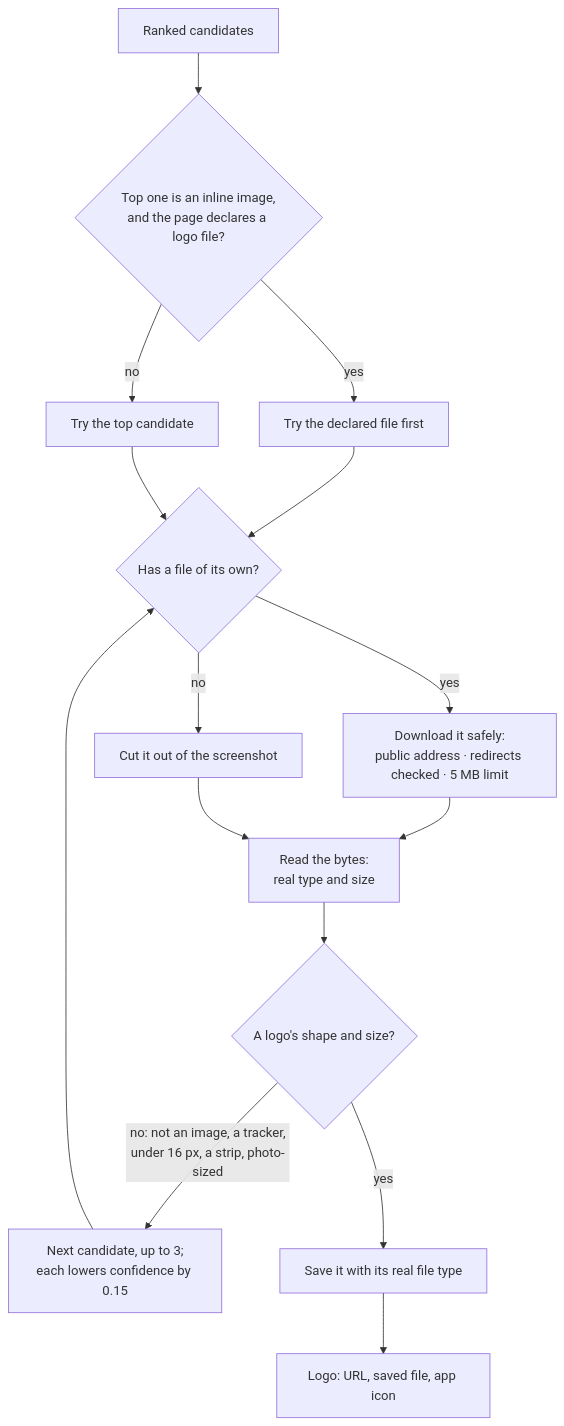
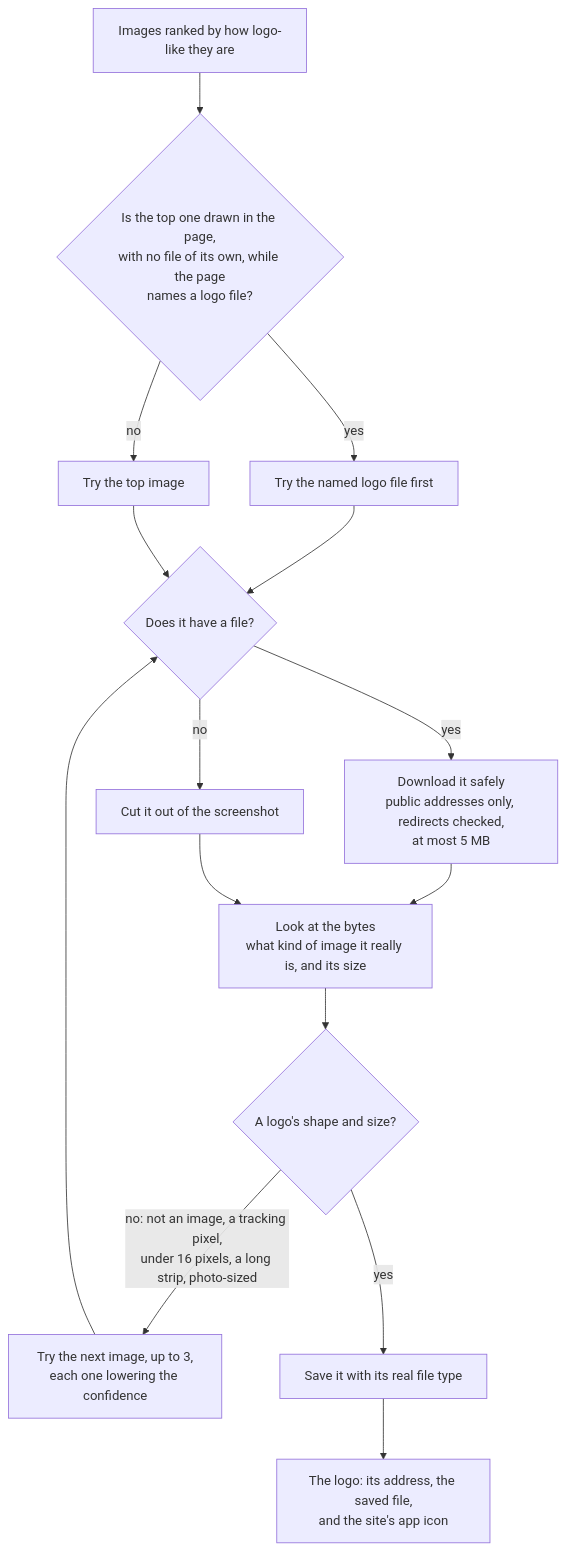
One commit to haneeshraj/business-insights-v2 changed the seventh of 10 diagrams in docs/reviews/2026-10-12.md. Above: the diagram before and after it, drawn with Mermaid. The commit also changed other lines of this file, not shown here.

Commit message:
docs: how answers are judged, and plainer diagrams in the progress review

````diff
--- a/docs/reviews/2026-10-12.md
+++ b/docs/reviews/2026-10-12.md
@@ -266,17 +264,17 @@
 ```mermaid
 flowchart TD
-  C["Ranked candidates"] --> O{"Top one is an inline image,<br/>and the page declares a logo file?"}
-  O -->|yes| D1["Try the declared file first"]
-  O -->|no| D2["Try the top candidate"]
-  D1 --> T{"Has a file of its own?"}
+  C["Images ranked by how logo-like they are"] --> O{"Is the top one drawn in the page,<br/>with no file of its own, while the page<br/>names a logo file?"}
+  O -->|yes| D1["Try the named logo file first"]
+  O -->|no| D2["Try the top image"]
+  D1 --> T{"Does it have a file?"}
   D2 --> T
-  T -->|yes| DL["Download it safely:<br/>public address · redirects checked · 5 MB limit"]
+  T -->|yes| DL["Download it safely<br/>public addresses only, redirects checked,<br/>at most 5 MB"]
   T -->|no| CR["Cut it out of the screenshot"]
-  DL --> IN["Read the bytes:<br/>real type and size"]
+  DL --> IN["Look at the bytes<br/>what kind of image it really is, and its size"]
   CR --> IN
   IN --> PR{"A logo's shape and size?"}
-  PR -->|"no: not an image, a tracker,<br/>under 16 px, a strip, photo-sized"| NX["Next candidate, up to 3;<br/>each lowers confidence by 0.15"]
+  PR -->|"no: not an image, a tracking pixel,<br/>under 16 pixels, a long strip, photo-sized"| NX["Try the next image, up to 3,<br/>each one lowering the confidence"]
   NX --> T
   PR -->|yes| SV["Save it with its real file type"]
-  SV --> RS["Logo: URL, saved file, app icon"]
+  SV --> RS["The logo: its address, the saved file,<br/>and the site's app icon"]
 ```
````
